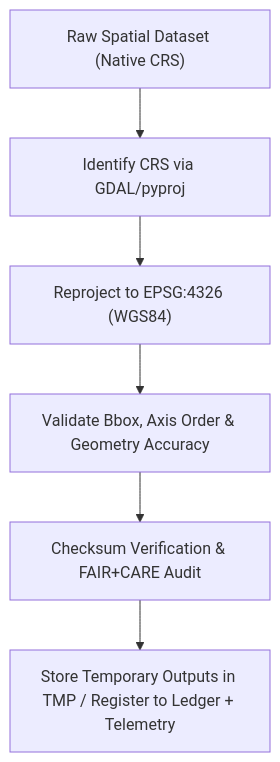
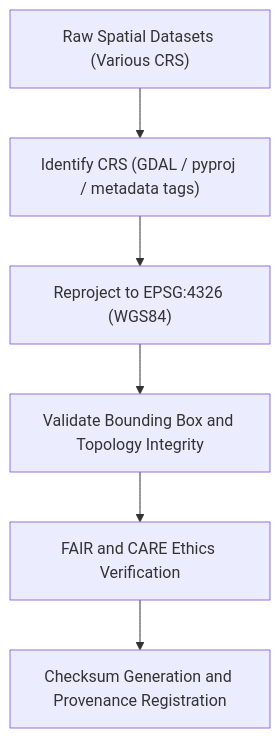
Before and after one commit to bartytime4life/Kansas-Frontier-Matrix: the diagram in data/work/staging/spatial/tmp/reprojection/README.md, drawn with Mermaid. The commit also changed other lines of this file, not shown here.

````diff
--- a/data/work/staging/spatial/tmp/reprojection/README.md
+++ b/data/work/staging/spatial/tmp/reprojection/README.md
@@ -67,8 +62,8 @@
 ```mermaid
 flowchart TD
-    A["Raw Spatial Dataset (Native CRS)"] --> B["Identify CRS via GDAL/pyproj"]
+    A["Raw Spatial Datasets (Various CRS)"] --> B["Identify CRS (GDAL / pyproj / metadata tags)"]
     B --> C["Reproject to EPSG:4326 (WGS84)"]
-    C --> D["Validate Bbox, Axis Order & Geometry Accuracy"]
-    D --> E["Checksum Verification & FAIR+CARE Audit"]
-    E --> F["Store Temporary Outputs in TMP / Register to Ledger + Telemetry"]
+    C --> D["Validate Bounding Box and Topology Integrity"]
+    D --> E["FAIR and CARE Ethics Verification"]
+    E --> F["Checksum Generation and Provenance Registration"]
 ```
````
